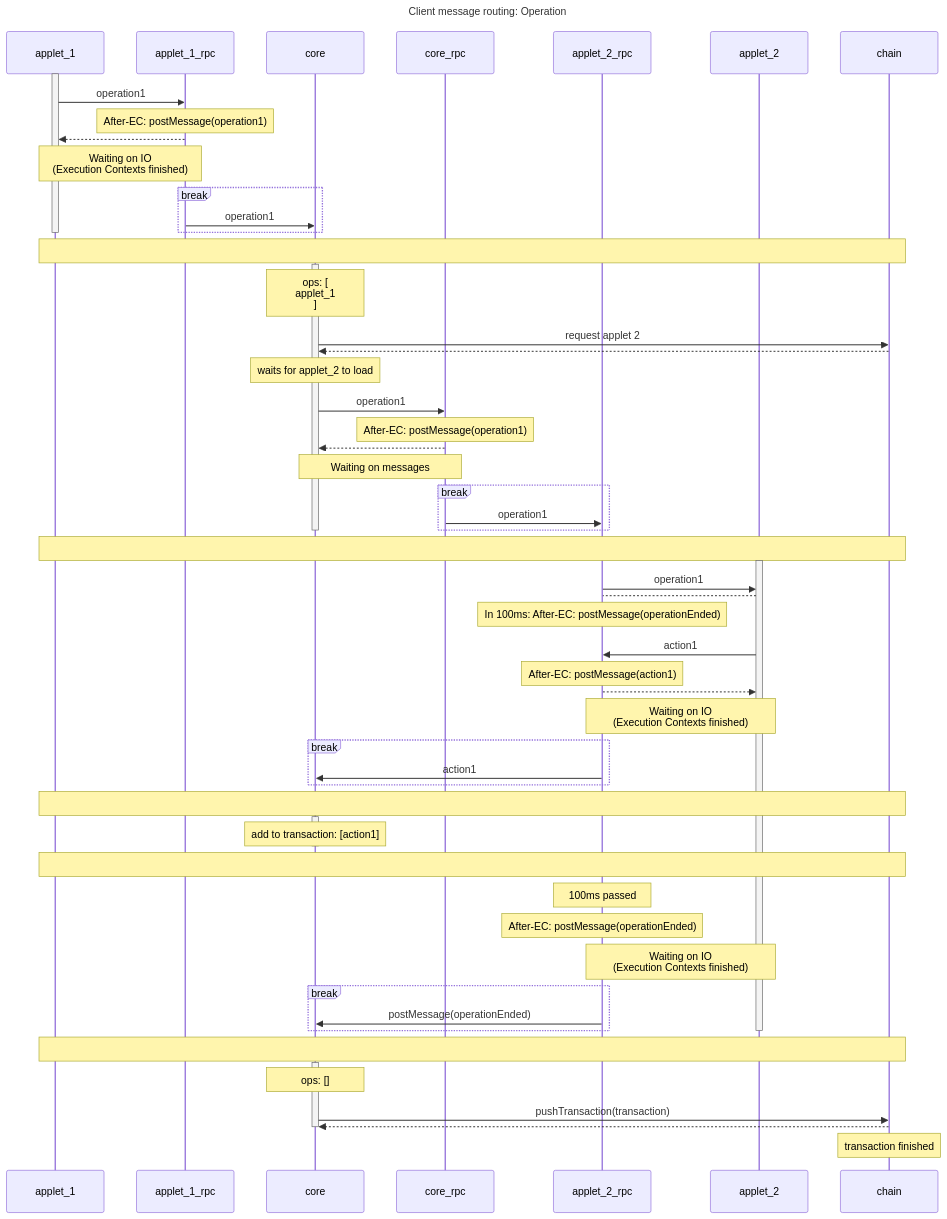
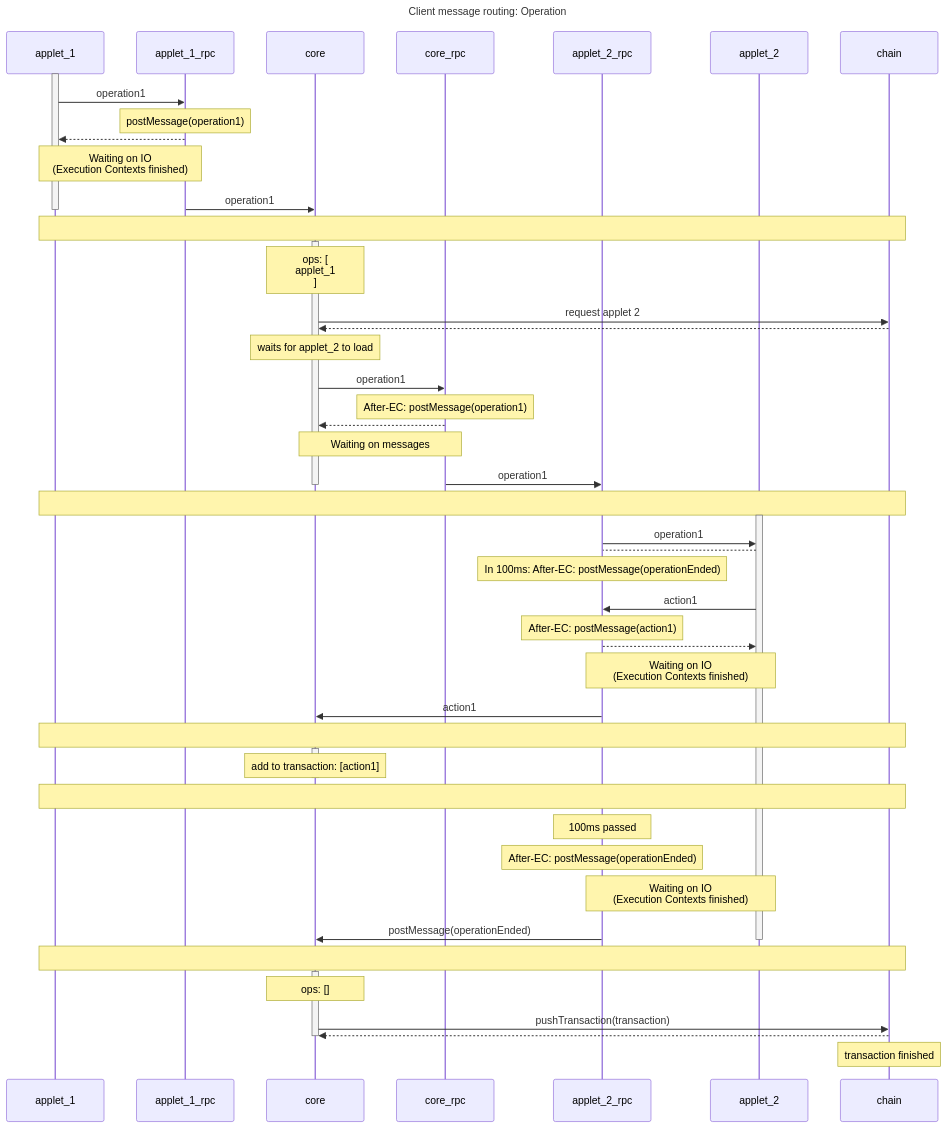
The first of 2 diagrams in doc/diagrams/client-message-routing.md (gofractally/psibase), drawn with Mermaid before and after one commit. The commit also changed other lines of this file, not shown here.

Commit message:
attempt to fix mermaid sequence diagram for github rendering

```diff
--- a/doc/diagrams/client-message-routing.md
+++ b/doc/diagrams/client-message-routing.md
@@ -21,13 +13,12 @@
 
 activate applet_1
 applet_1->>applet_1_rpc: operation1
-note over applet_1_rpc: After-EC: postMessage(operation1)
+note over applet_1_rpc: postMessage(operation1)
 applet_1_rpc-->>applet_1: 
-Note over applet_1,applet_1_rpc: Waiting on IO<br>(Execution Contexts finished)
 
-break
+note over applet_1_rpc,applet_1: Waiting on IO<br>(Execution Contexts finished)
 applet_1_rpc->>core: operation1
-end
+
 deactivate applet_1
 
 
@@ -41,11 +32,9 @@
 core->>core_rpc: operation1
 note over core_rpc: After-EC: postMessage(operation1)
 core_rpc-->>core: 
+
 note over core,core_rpc: Waiting on messages
-
-break
 core_rpc->>applet_2_rpc: operation1
-end
 deactivate core
 
 
@@ -60,11 +49,9 @@
 applet_2->>applet_2_rpc: action1
 note over applet_2_rpc: After-EC: postMessage(action1)
 applet_2_rpc-->>applet_2: 
+
 note over applet_2_rpc,applet_2: Waiting on IO<br>(Execution Contexts finished)
-
-break
 applet_2_rpc->>core: action1
-end
 
 
 note over applet_1,chain: 
@@ -80,11 +67,9 @@
 
 note over applet_2_rpc: 100ms passed
 note over applet_2_rpc: After-EC: postMessage(operationEnded)
+
 note over applet_2_rpc,applet_2: Waiting on IO<br>(Execution Contexts finished)
-
-break
 applet_2_rpc->>core: postMessage(operationEnded)
-end
 deactivate applet_2
 
 
```
